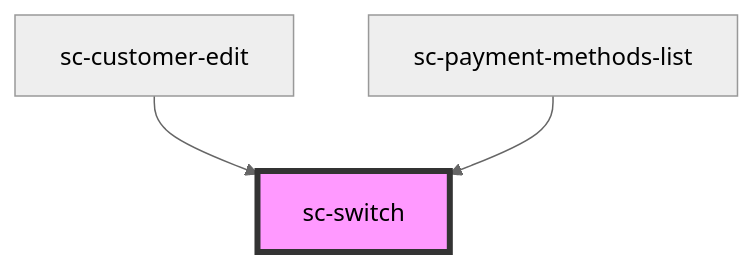
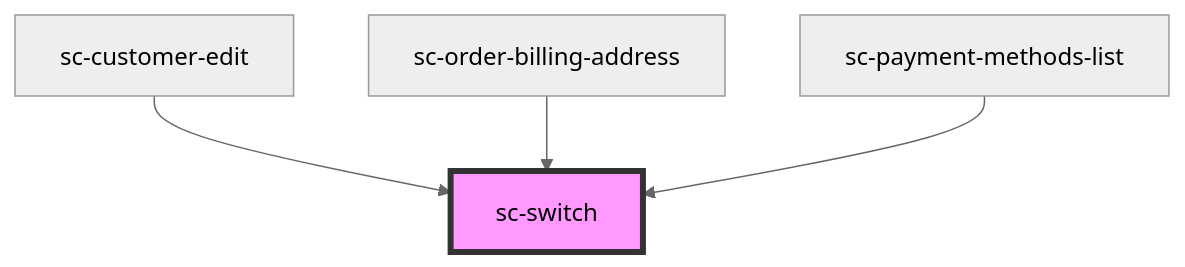
The diagram in packages/components/src/components/ui/switch/readme.md (surecart/surecart-wp-plugin), drawn with Mermaid (neutral theme) before and after one commit. The commit also changed other lines of this file and 5 other files, not shown here.

````diff
--- a/packages/components/src/components/ui/switch/readme.md
+++ b/packages/components/src/components/ui/switch/readme.md
@@ -70,6 +71,7 @@
 ```mermaid
 graph TD;
   sc-customer-edit --> sc-switch
+  sc-order-billing-address --> sc-switch
   sc-payment-methods-list --> sc-switch
   style sc-switch fill:#f9f,stroke:#333,stroke-width:4px
 ```
````
